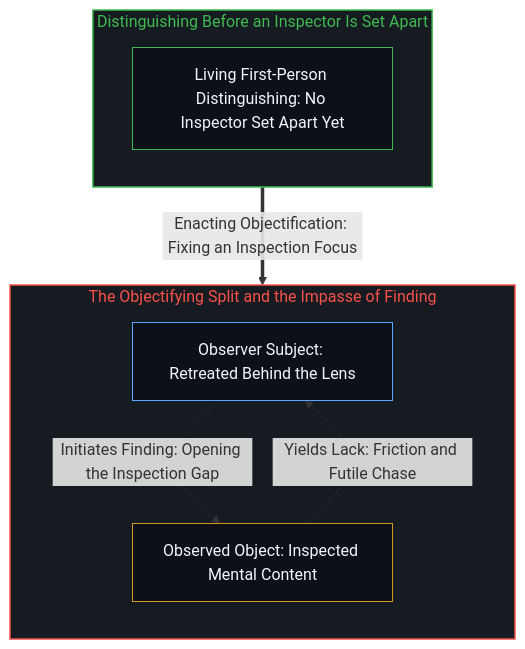
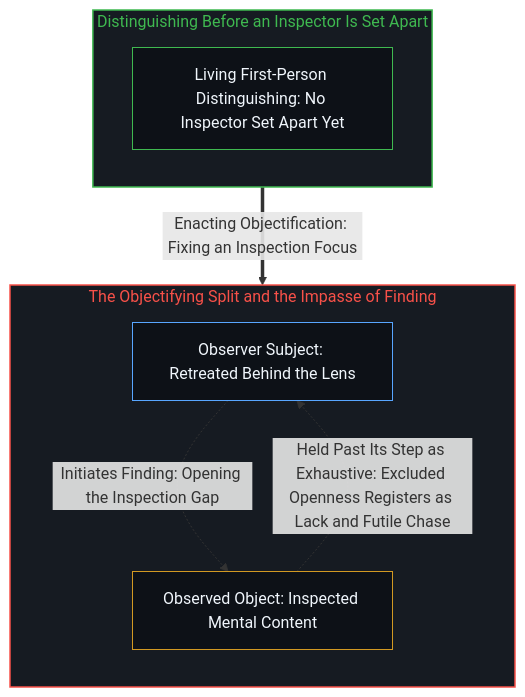
One commit to powerpig99/not-a-toe changed the second of 6 diagrams in content/posts/the-grammar-of-finding-and-the-fading-observer.md. Above: the diagram before and after it, drawn with Mermaid. The commit also changed other lines of this file and 18 other files, not shown here.

````diff
--- a/content/posts/the-grammar-of-finding-and-the-fading-observer.md
+++ b/content/posts/the-grammar-of-finding-and-the-fading-observer.md
@@ -50,20 +50,20 @@
 ```mermaid
 graph TD
     subgraph S_Unified ["Distinguishing Before an Inspector Is Set Apart"]
         direction TB
         style S_Unified fill:#161b22,stroke:#3fb950,stroke-width:1.5px,color:#3fb950
         U1["Living First-Person Distinguishing: No Inspector Set Apart Yet"]
         style U1 fill:#0d1117,stroke:#3fb950,stroke-width:1px,color:#f0f6fc
     end
     U1 ==>|"Enacting Objectification: Fixing an Inspection Focus"| O1
     subgraph S_Split ["The Objectifying Split and the Impasse of Finding"]
         direction TB
         style S_Split fill:#161b22,stroke:#f85149,stroke-width:1.5px,color:#f85149
         O1["Observer Subject: Retreated Behind the Lens"]
         O2["Observed Object: Inspected Mental Content"]
         O1 -.->|"Initiates Finding: Opening the Inspection Gap"| O2
-        O2 -.->|"Yields Lack: Friction and Futile Chase"| O1
+        O2 -.->|"Held Past Its Step as Exhaustive: Excluded Openness Registers as Lack and Futile Chase"| O1
         style O1 fill:#0d1117,stroke:#58a6ff,stroke-width:1px,color:#f0f6fc
         style O2 fill:#0d1117,stroke:#d29922,stroke-width:1px,color:#f0f6fc
     end
 ```
````
